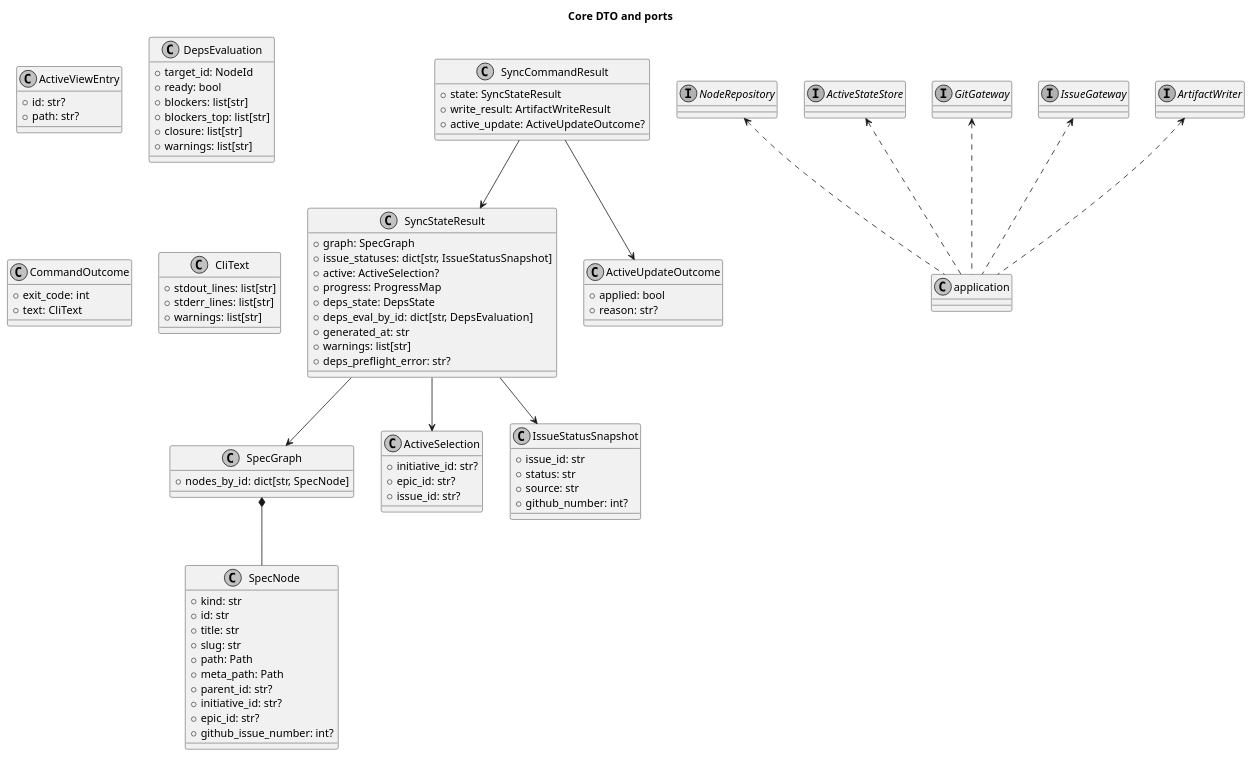
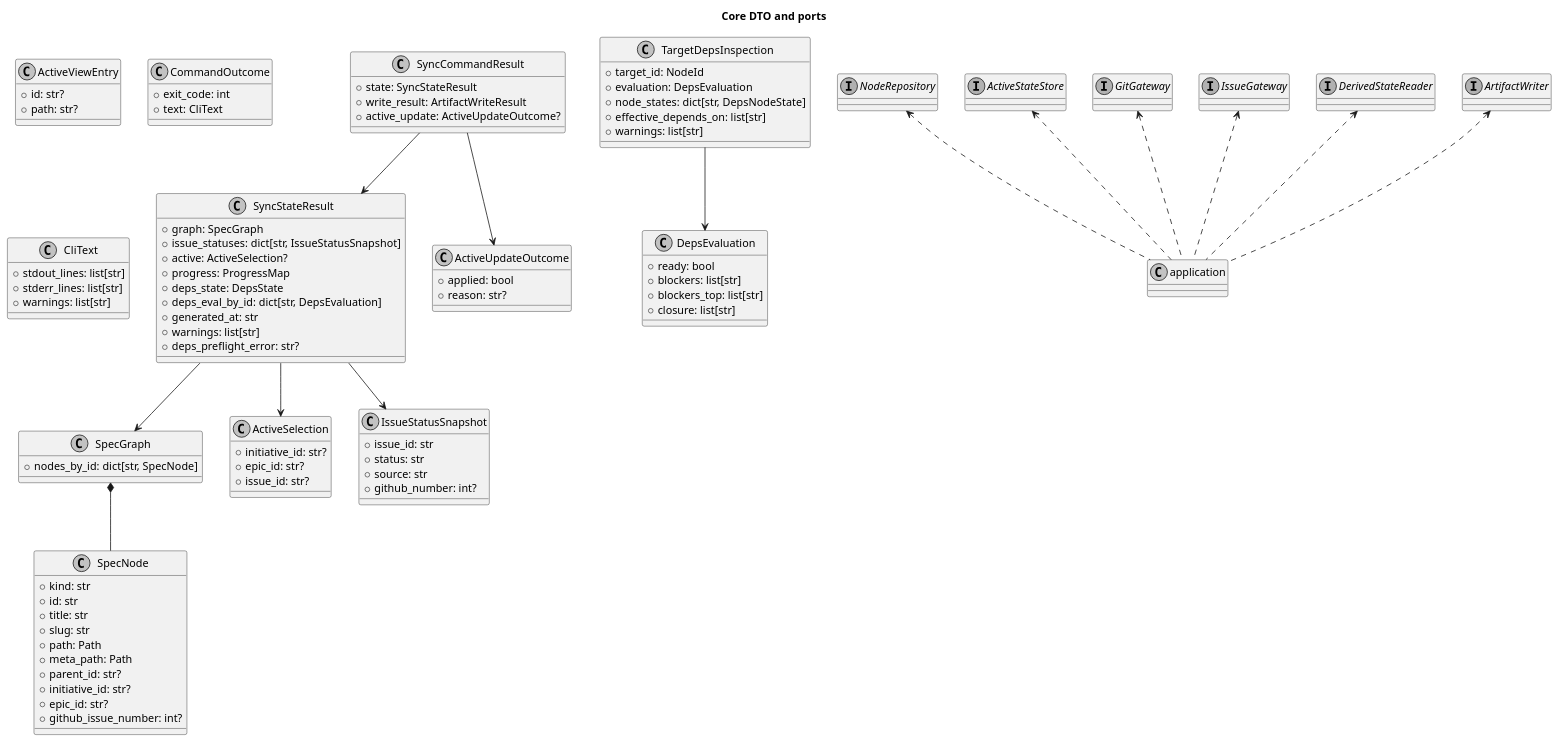
The second of 6 diagrams in spec-deps/current/design.md (chemitaro/spec-dock), drawn with PlantUML before and after one commit. The commit also changed other lines of this file, not shown here.

````diff
--- a/spec-deps/current/design.md
+++ b/spec-deps/current/design.md
@@ -877,11 +1044,17 @@
 }
 
 class DepsEvaluation {
-  +target_id: NodeId
   +ready: bool
   +blockers: list[str]
   +blockers_top: list[str]
   +closure: list[str]
+}
+
+class TargetDepsInspection {
+  +target_id: NodeId
+  +evaluation: DepsEvaluation
+  +node_states: dict[str, DepsNodeState]
+  +effective_depends_on: list[str]
   +warnings: list[str]
 }
 
@@ -923,18 +1096,21 @@
 interface ActiveStateStore
 interface GitGateway
 interface IssueGateway
+interface DerivedStateReader
 interface ArtifactWriter
 
 SpecGraph *-- SpecNode
 SyncStateResult --> SpecGraph
 SyncStateResult --> IssueStatusSnapshot
 SyncStateResult --> ActiveSelection
+TargetDepsInspection --> DepsEvaluation
 SyncCommandResult --> SyncStateResult
 SyncCommandResult --> ActiveUpdateOutcome
 NodeRepository <.. application
 ActiveStateStore <.. application
 GitGateway <.. application
 IssueGateway <.. application
+DerivedStateReader <.. application
 ArtifactWriter <.. application
 @enduml
 ```
````
